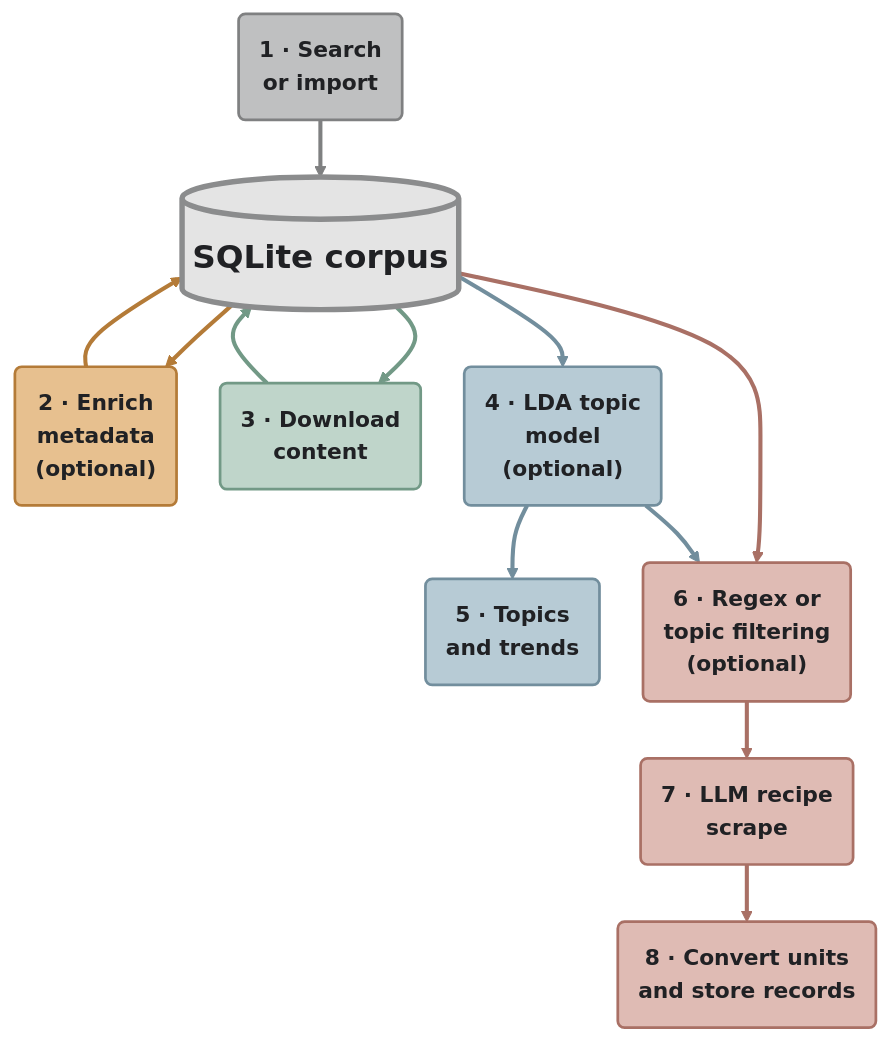
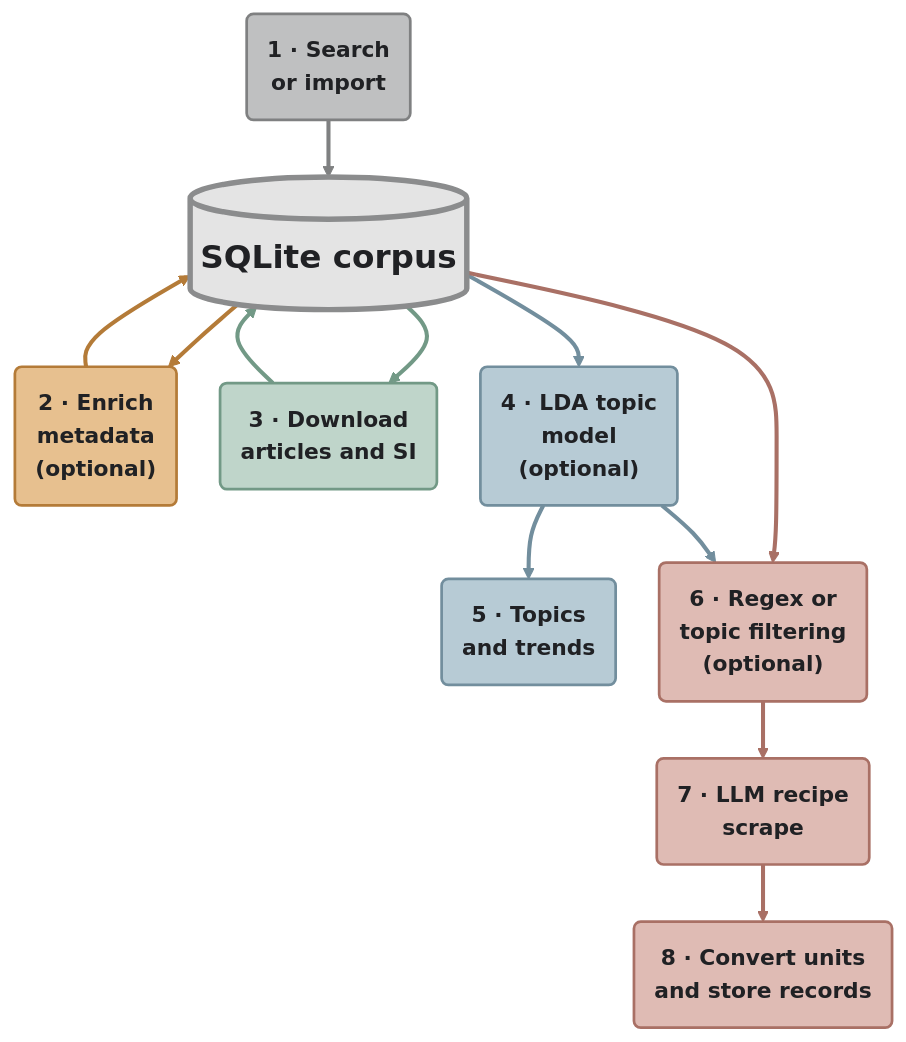
The diagram in docs/workflow/index.md (SMTG-Bham/PaperMinerToolkit), drawn with Mermaid before and after one commit. The commit also changed other lines of this file and 15 other files, not shown here.

````diff
--- a/docs/workflow/index.md
+++ b/docs/workflow/index.md
@@ -5,47 +5,47 @@
 ```{mermaid}
 :alt: PaperMinerToolkit workflow arranged around a central SQLite corpus. Search enters from above, enrichment and downloading form return loops below it, LDA topic analysis descends on the left, and LLM extraction descends on the right.
 :align: center
 
 %%{init: {"flowchart": {"curve": "basis", "nodeSpacing": 32, "rankSpacing": 42}}}%%
 flowchart TB
     A("1 · Search<br/>or import")
     C("2 · Enrich<br/>metadata<br/>(optional)")
-    D("3 · Download<br/>content")
+    D("3 · Download<br/>articles and SI")
     B[("SQLite corpus")]
     E("4 · LDA topic<br/>model<br/>(optional)")
     F("5 · Topics<br/>and trends")
     L("6 · Regex or<br/>topic filtering<br/>(optional)")
     G("7 · LLM recipe<br/>scrape")
     I("8 · Convert units<br/>and store records")
 
     A --> B
     C --> B
     B --> C
     D --> B
     B --> D
     B --> E
     E --> F
     B --> L
     L --> G
     G --> I
     E --> L
 
     classDef search fill:#bfc0c1,stroke:#7f8081,stroke-width:2px,color:#202124,font-weight:600
     classDef enrich fill:#e7c08f,stroke:#b47b38,stroke-width:2px,color:#202124,font-weight:600
     classDef download fill:#bfd5ca,stroke:#729986,stroke-width:2px,color:#202124,font-weight:600
     classDef llm fill:#dfbbb4,stroke:#a97065,stroke-width:2px,color:#202124,font-weight:600
     classDef lda fill:#b7cbd5,stroke:#728e9d,stroke-width:2px,color:#202124,font-weight:600
     classDef corpus fill:#e4e4e4,stroke:#8b8c8d,stroke-width:4px,color:#202124,font-size:24px,font-weight:bold
     class A search
     class C enrich
     class D download
     class L,G,I llm
     class E,F lda
     class B corpus
 
     linkStyle 0 stroke:#7f8081,stroke-width:3px
     linkStyle 1,2 stroke:#b47b38,stroke-width:3px
     linkStyle 3,4 stroke:#729986,stroke-width:3px
     linkStyle 5,6,10 stroke:#728e9d,stroke-width:3px
     linkStyle 7,8,9 stroke:#a97065,stroke-width:3px
 ```
````
